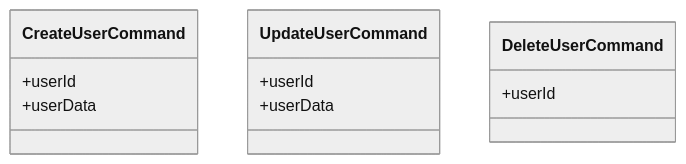
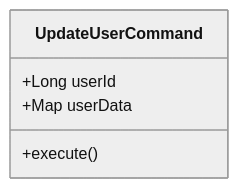
The third of 9 diagrams in readme.md (viswarajramji/user), drawn with Mermaid (neutral theme) before and after one commit. The commit also changed other lines of this file, not shown here.

````diff
--- a/readme.md
+++ b/readme.md
@@ -75,12 +83,8 @@
 ```mermaid
 classDiagram
-    class CreateUserCommand
-    class UpdateUserCommand
-    class DeleteUserCommand
-
-    CreateUserCommand : +userId
-    CreateUserCommand : +userData
-    UpdateUserCommand : +userId
-    UpdateUserCommand : +userData
-    DeleteUserCommand : +userId
+    class UpdateUserCommand {
+        +Long userId
+        +Map userData
+        +execute()
+    }
 ```
````
